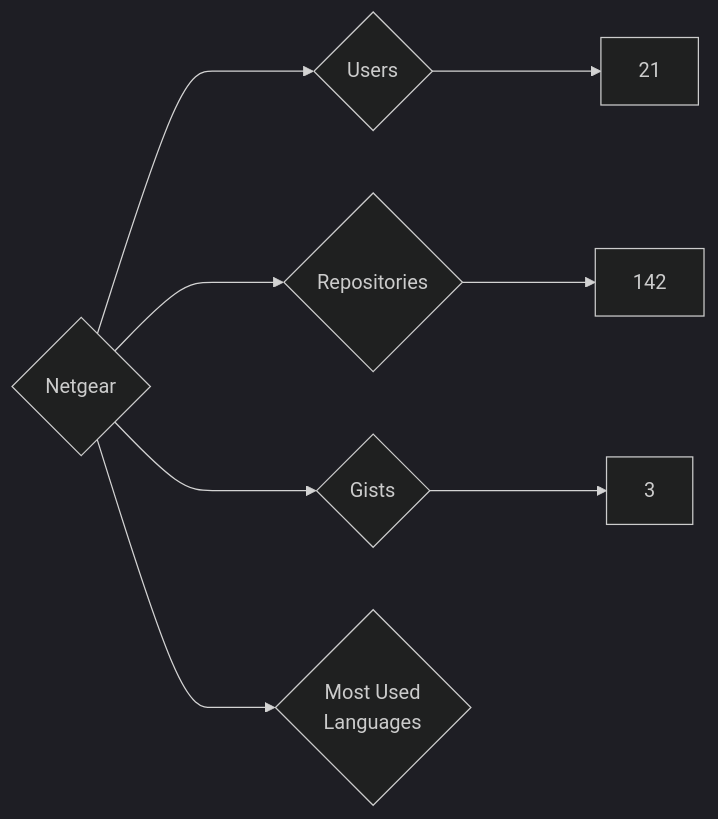
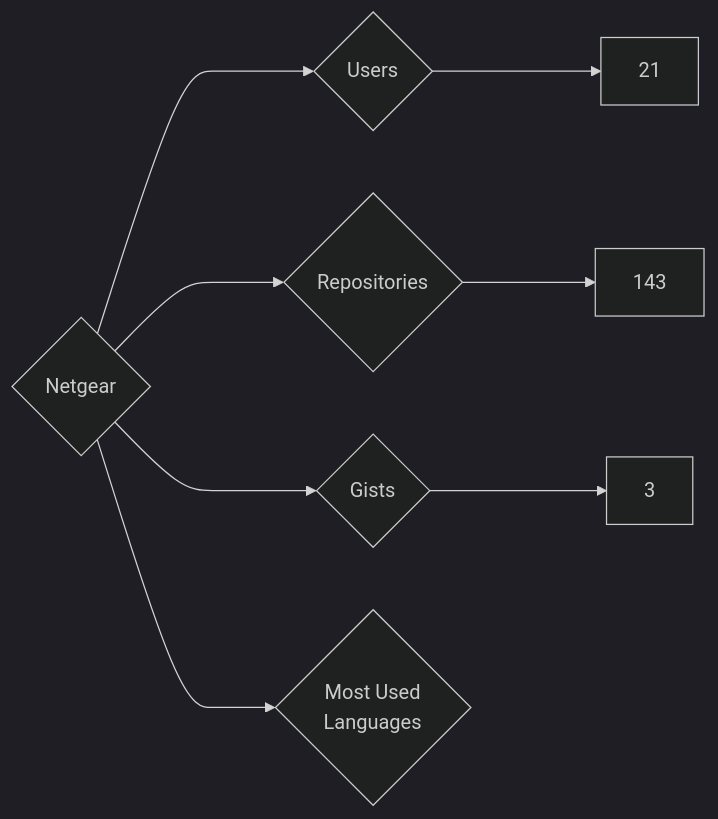
One commit to nenadzaric/insiders changed the diagram in targets/Netgear/README.md. Above: the diagram before and after it, drawn with Mermaid (dark theme). The commit also changed 1342 other files, not shown here.

````diff
--- a/targets/Netgear/README.md
+++ b/targets/Netgear/README.md
@@ -3,8 +3,8 @@
 ```mermaid
 graph LR
 COMPANY_NAME{Netgear}
 COMPANY_NAME ---> U{Users} ---> UN[21]
-COMPANY_NAME ---> R{Repositories} ---> RN[142]
+COMPANY_NAME ---> R{Repositories} ---> RN[143]
 COMPANY_NAME ---> G{Gists} ---> GN[3]
 COMPANY_NAME ---> ML{Most Used<br>Languages}
 ```
````
